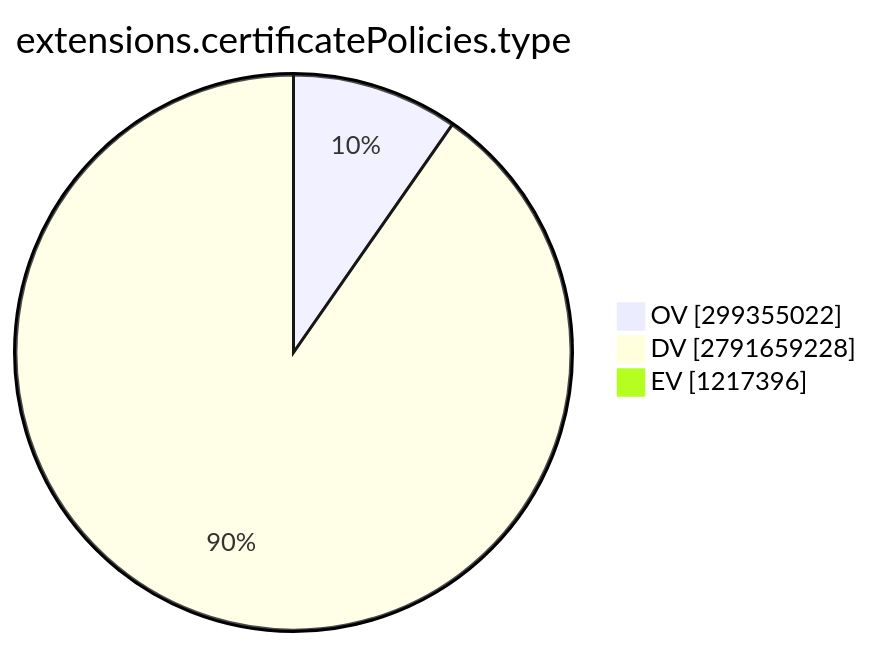
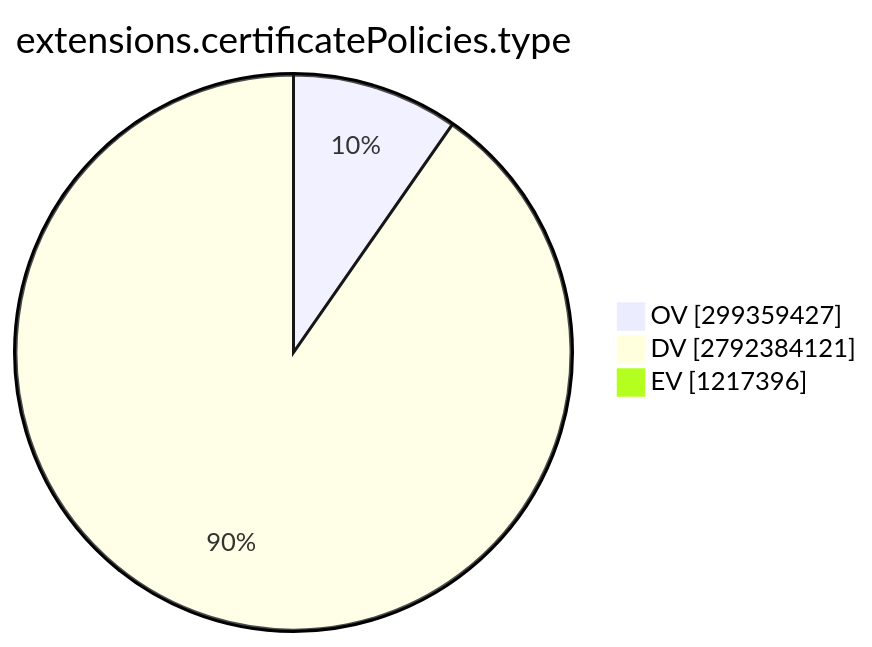
One commit to christiankrug/ctmonitor_visualization changed the ninth of 15 diagrams in TOTAL/README.md. Above: the diagram before and after it, drawn with Mermaid. The commit also changed other lines of this file, not shown here.

````diff
--- a/TOTAL/README.md
+++ b/TOTAL/README.md
@@ -3101,7 +3101,7 @@
 ```mermaid
 pie showData
 title extensions.certificatePolicies.type
-"OV" :299355022
-"DV" :2791659228
+"OV" :299359427
+"DV" :2792384121
 "EV" :1217396
 ```
````
